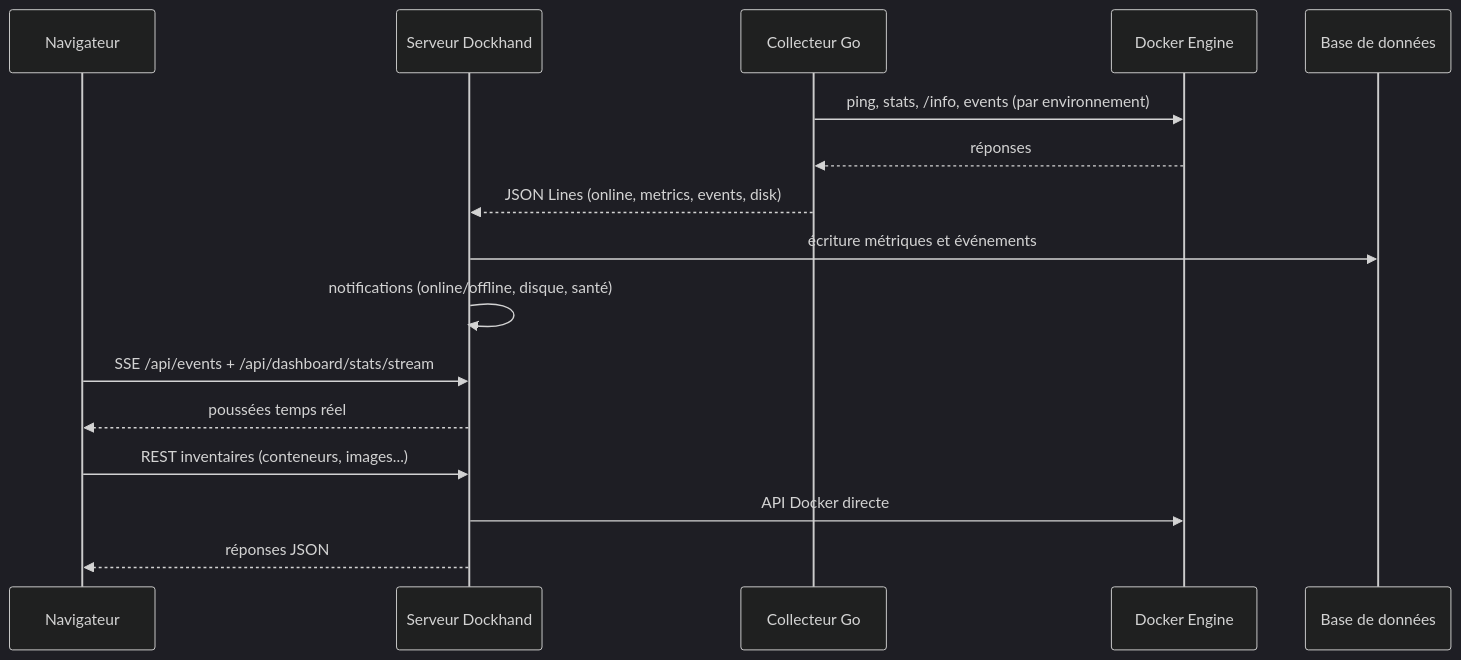
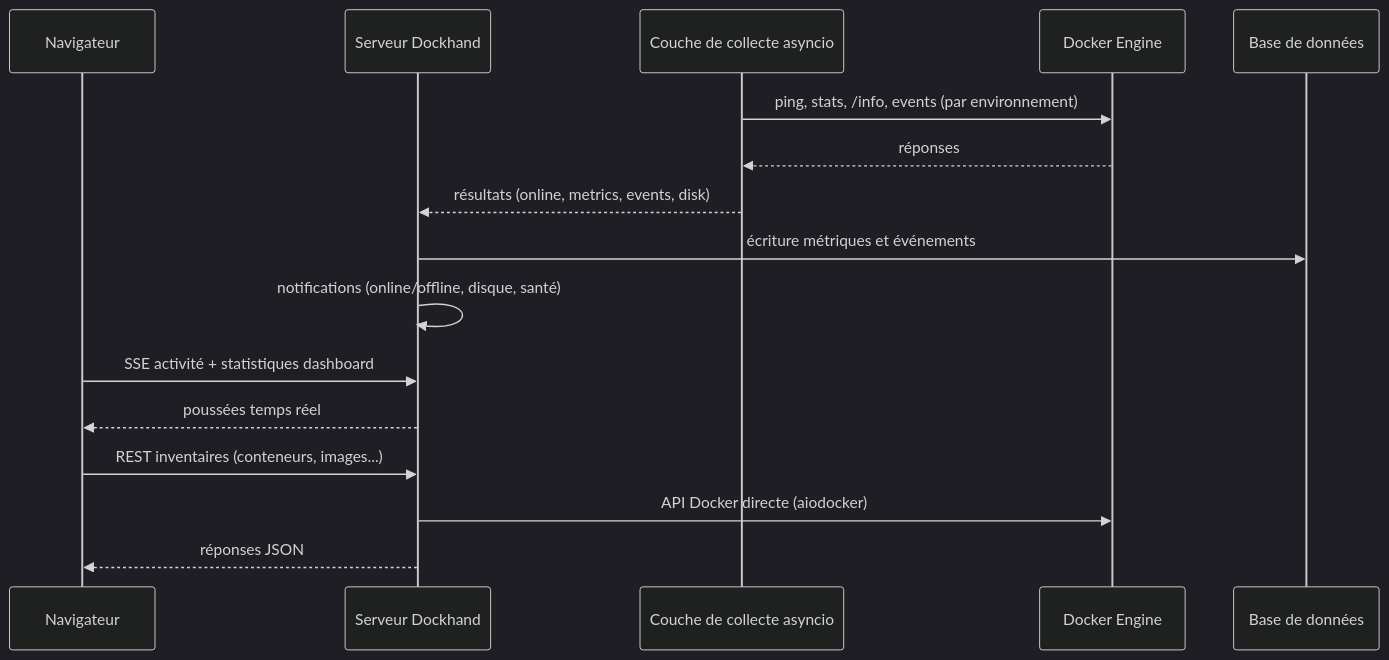
The second of 8 diagrams in docs/spec_dockhand_reference/02-architecture-fonctionnelle.md (stefapi/windflow), drawn with Mermaid (dark theme) before and after one commit. The commit also changed other lines of this file and 15 other files, not shown here.

````diff
--- a/docs/spec_dockhand_reference/02-architecture-fonctionnelle.md
+++ b/docs/spec_dockhand_reference/02-architecture-fonctionnelle.md
@@ -226,19 +215,19 @@
 ```mermaid
 sequenceDiagram
     participant N as Navigateur
     participant S as Serveur Dockhand
-    participant G as Collecteur Go
+    participant C as Couche de collecte asyncio
     participant D as Docker Engine
     participant B as Base de données
 
-    G->>D: ping, stats, /info, events (par environnement)
-    D-->>G: réponses
-    G-->>S: JSON Lines (online, metrics, events, disk)
+    C->>D: ping, stats, /info, events (par environnement)
+    D-->>C: réponses
+    C-->>S: résultats (online, metrics, events, disk)
     S->>B: écriture métriques et événements
     S->>S: notifications (online/offline, disque, santé)
-    N->>S: SSE /api/events + /api/dashboard/stats/stream
+    N->>S: SSE activité + statistiques dashboard
     S-->>N: poussées temps réel
     N->>S: REST inventaires (conteneurs, images...)
-    S->>D: API Docker directe
+    S->>D: API Docker directe (aiodocker)
     S-->>N: réponses JSON
 ```
````
